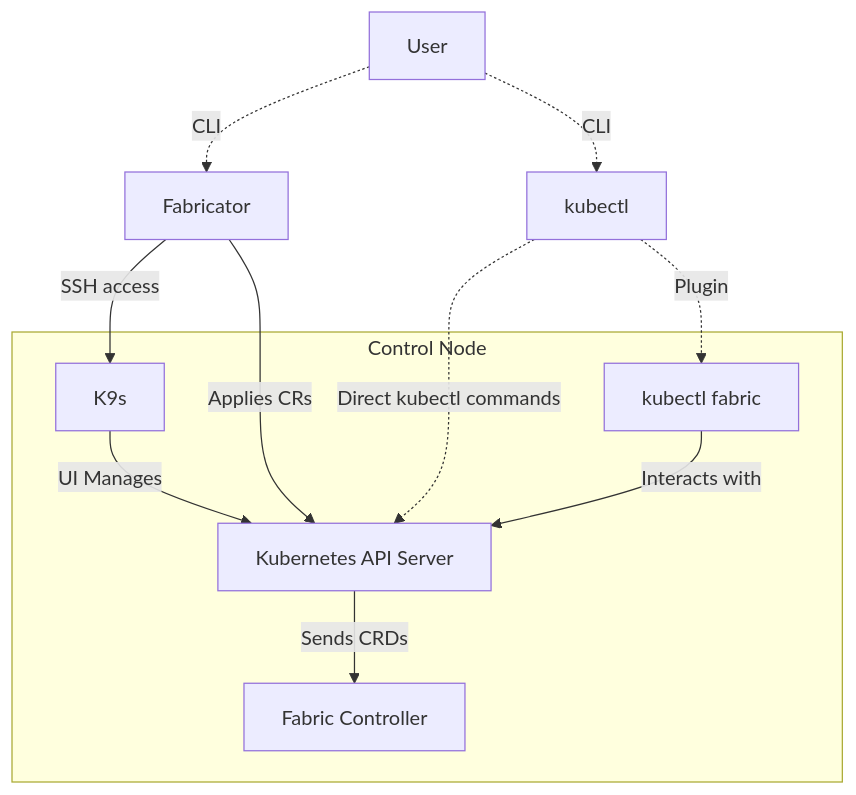
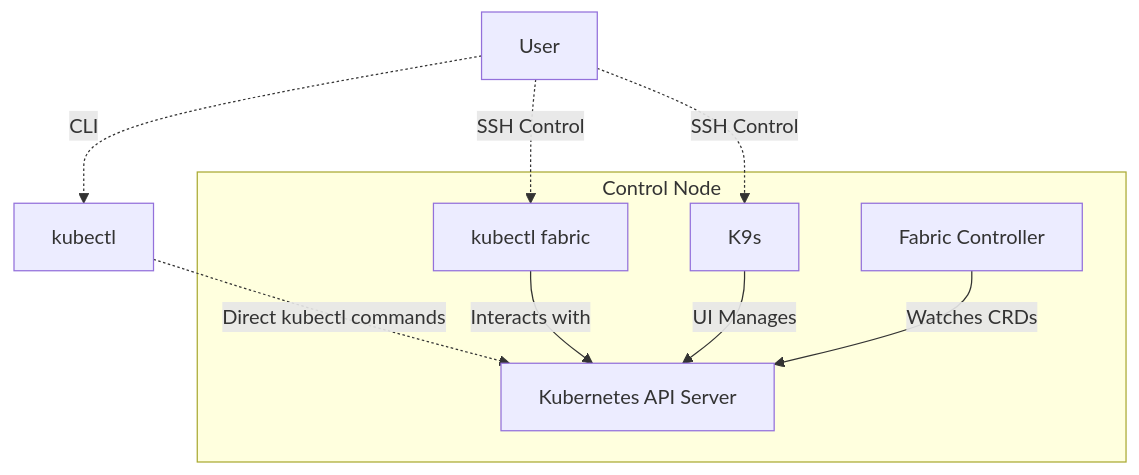
Before and after one commit to githedgehog/docs: the first of 2 diagrams in docs/architecture/management.md, drawn with Mermaid. The commit also changed other lines of this file, not shown here.

Commit message:
chore: clarify workflows and diagrams

````diff
--- a/docs/architecture/management.md
+++ b/docs/architecture/management.md
@@ -11,27 +15,24 @@
 ```mermaid
 graph TD
 
-%% Define the nodes (General Workflow excludes Git & ArgoCD)
+%% Define the nodes
 User[User]
 Kubectl[kubectl]
-Fabricator[Fabricator]
 
 %% Control Node components
 subgraph ControlNode["Control Node"]
   K8S[Kubernetes API Server]
   FC[Fabric Controller]
   K9s[K9s]
   KubectlFabric["kubectl fabric"]
 end
 
 %% Define the relationships
 Kubectl -.->|Direct kubectl commands| K8S
-User -.->|CLI| Fabricator
+User -.->|SSH Control| K9s
 User -.->|CLI| Kubectl
-Kubectl -.->|Plugin| KubectlFabric
-Fabricator -->|SSH access| K9s
-Fabricator -->|Applies CRs| K8S
+User -.->|SSH Control| KubectlFabric
 KubectlFabric -->|Interacts with| K8S
 K9s -->|UI Manages| K8S
-K8S -->|Sends CRDs| FC
+FC -->|Watches CRDs| K8S
 ```
````
